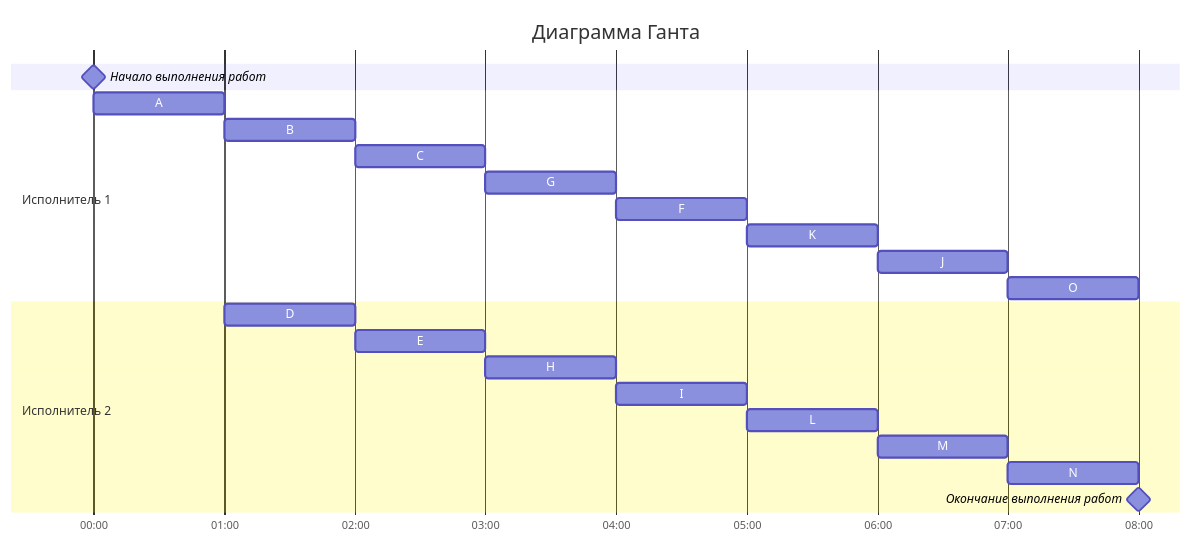
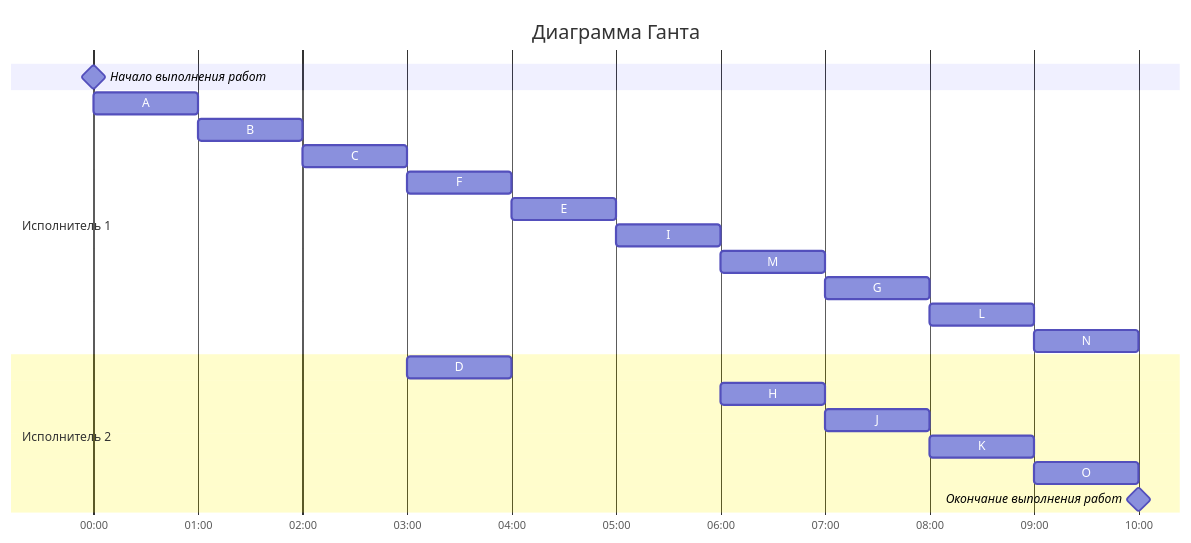
The fourth of 4 diagrams in task-7/biba-boba-task7.md (hse-algo-24-crow/manual-tasks-crow), drawn with Mermaid before and after one commit. The commit also changed other lines of this file, not shown here.

````diff
--- a/task-7/biba-boba-task7.md
+++ b/task-7/biba-boba-task7.md
@@ -97,25 +101,25 @@
 ```mermaid
 gantt
     title Диаграмма Ганта
     dateFormat HH:mm    
     axisFormat %H:%M
     Начало выполнения работ : milestone, m1, 00:00, 0h
     section Исполнитель 1
     A         :c, 00:00, 1h
     B         :i, after c, 1h    
     C         :e, after i, 1h    
-    G         :h, after e, 1h
-    F         :a, after h, 1h
-    K         :b, after a, 1h
-    J         :k, after b, 1h
-    O         :m, after k, 1h
+    F         :h, after e, 1h
+    E         :a, after h, 1h
+    I         :b, after a, 1h
+    M         :k, after b, 1h
+    G         :m, after k, 1h
+    L         :t, after m, 1h
+    N         :v, after t, 1h
     section Исполнитель 2
-    D         :d, 01:00, 1h
-    E         :f, after d, 1h
-    H         :l, after f, 1h
-    I         :g, after l, 1h
-    L         :j, after g, 1h
-    M         :x, after j, 1h
-    N         :y, after x, 1h
-    Окончание выполнения работ : milestone, m2, 08:00, 0h
+    D         :f, 03:00, 1h
+    H         :j, 06:00, 1h
+    J         :x, 07:00, 1h
+    K         :y, after x, 1h
+    O         :z, after y, 1h
+    Окончание выполнения работ : milestone, m2, 10:00, 0h
 ```
````
